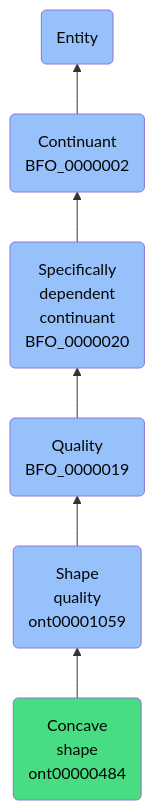
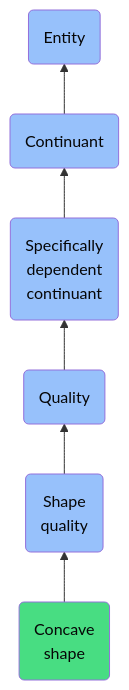
The diagram in docs/ontology/reference/model/Entity/Continuant/Specifically dependent continuant/Quality/Shape quality/Concave shape/Concave shape.md (jupyter-naas/abi), drawn with Mermaid before and after one commit. The commit also changed other lines of this file and 1430 other files, not shown here.

````diff
--- a/docs/ontology/reference/model/Entity/Continuant/Specifically dependent continuant/Quality/Shape quality/Concave shape/Concave shape.md
+++ b/docs/ontology/reference/model/Entity/Continuant/Specifically dependent continuant/Quality/Shape quality/Concave shape/Concave shape.md
@@ -24,13 +24,13 @@
 ```mermaid
 graph BT
-    ont00000484(Concave<br>shape<br>ont00000484):::ABI-->ont00001059
-    ont00001059(Shape<br>quality<br>ont00001059):::BFO-->BFO_0000019
-    BFO_0000019(Quality<br>BFO_0000019):::BFO-->BFO_0000020
-    BFO_0000020(Specifically<br>dependent<br>continuant<br>BFO_0000020):::BFO-->BFO_0000002
-    BFO_0000002(Continuant<br>BFO_0000002):::BFO-->BFO_0000001
+    ont00000484(Concave<br>shape):::ABI-->ont00001059
+    ont00001059(Shape<br>quality):::BFO-->BFO_0000019
+    BFO_0000019(Quality):::BFO-->BFO_0000020
+    BFO_0000020(Specifically<br>dependent<br>continuant):::BFO-->BFO_0000002
+    BFO_0000002(Continuant):::BFO-->BFO_0000001
     BFO_0000001(Entity):::BFO
     
     classDef BFO fill:#97c1fb,color:#060606
     classDef CCO fill:#e4c51e,color:#060606
     classDef ABI fill:#48DD82,color:#060606
 ```
````
